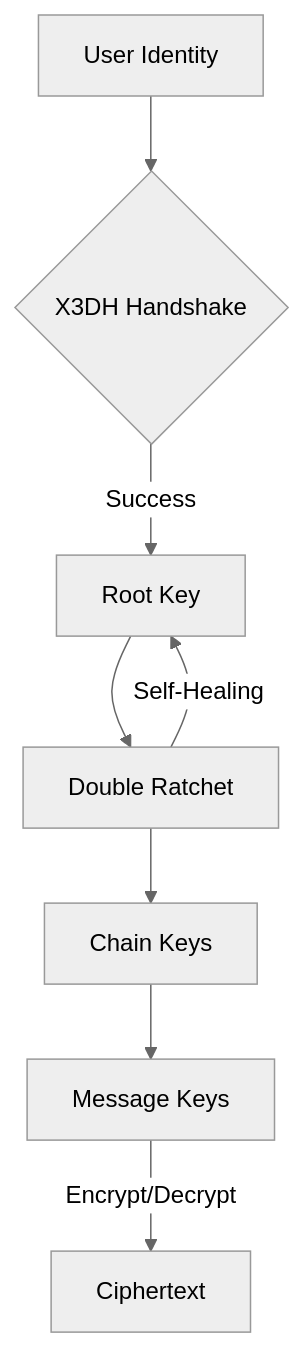
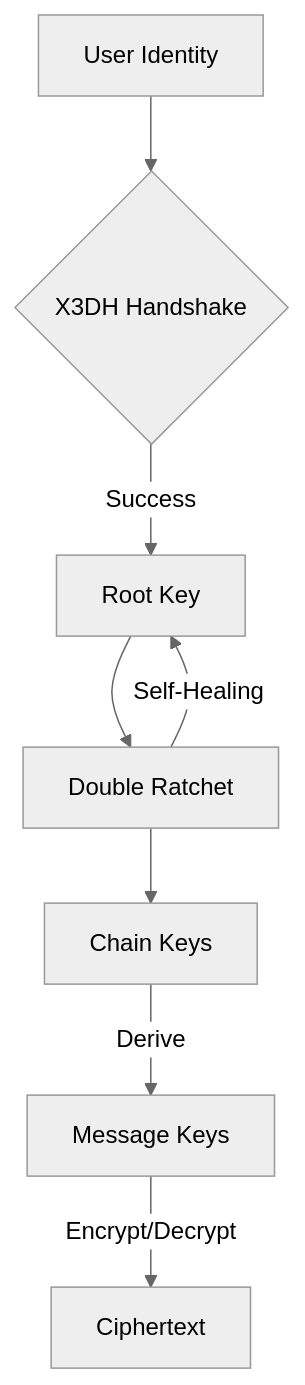
One commit to F2fX4553/sibna_protocol_v6 changed the diagram in README.md. Above: the diagram before and after it, drawn with Mermaid (neutral theme). The commit also changed other lines of this file, not shown here.

````diff
--- a/README.md
+++ b/README.md
@@ -36,10 +36,10 @@
 ```mermaid
 graph TD
     A[User Identity] --> B{X3DH Handshake}
     B -->|Success| C[Root Key]
     C --> D[Double Ratchet]
     D --> E[Chain Keys]
-    E --> F[Message Keys]
+    E -->|Derive| F[Message Keys]
     F -->|Encrypt/Decrypt| G[Ciphertext]
     D -->|Self-Healing| C
 ```
````
